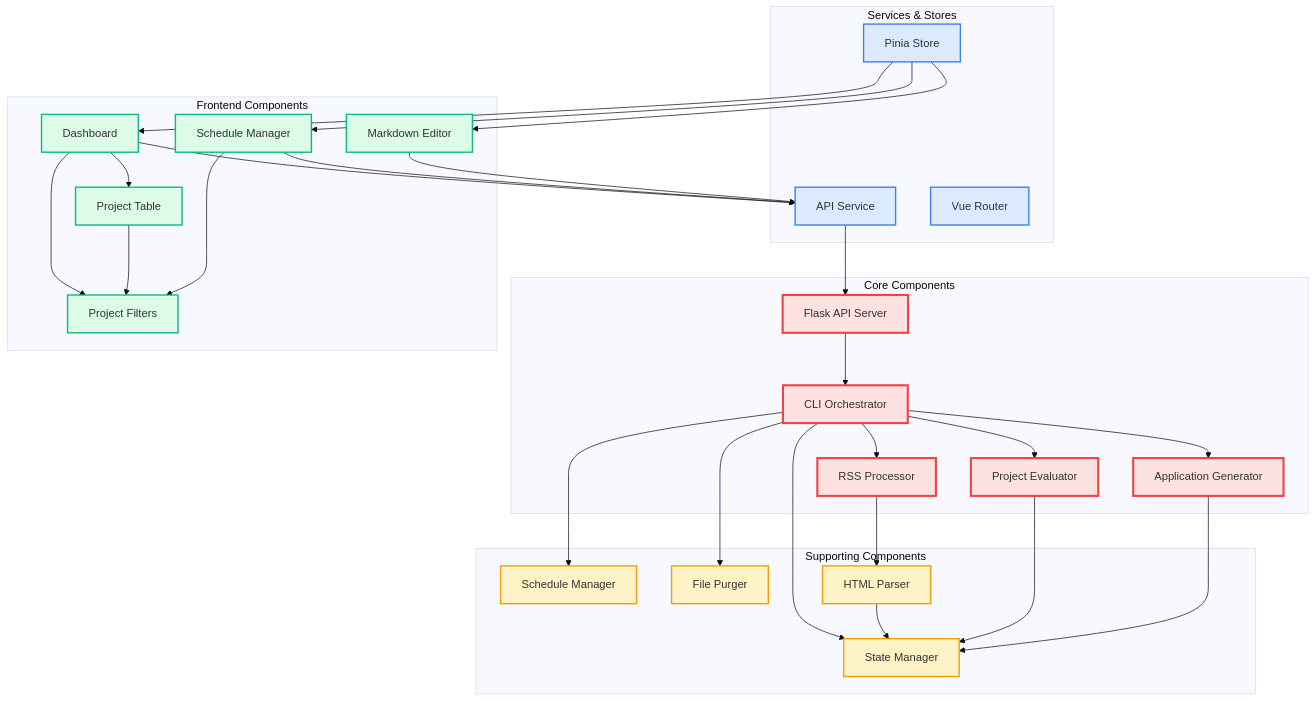
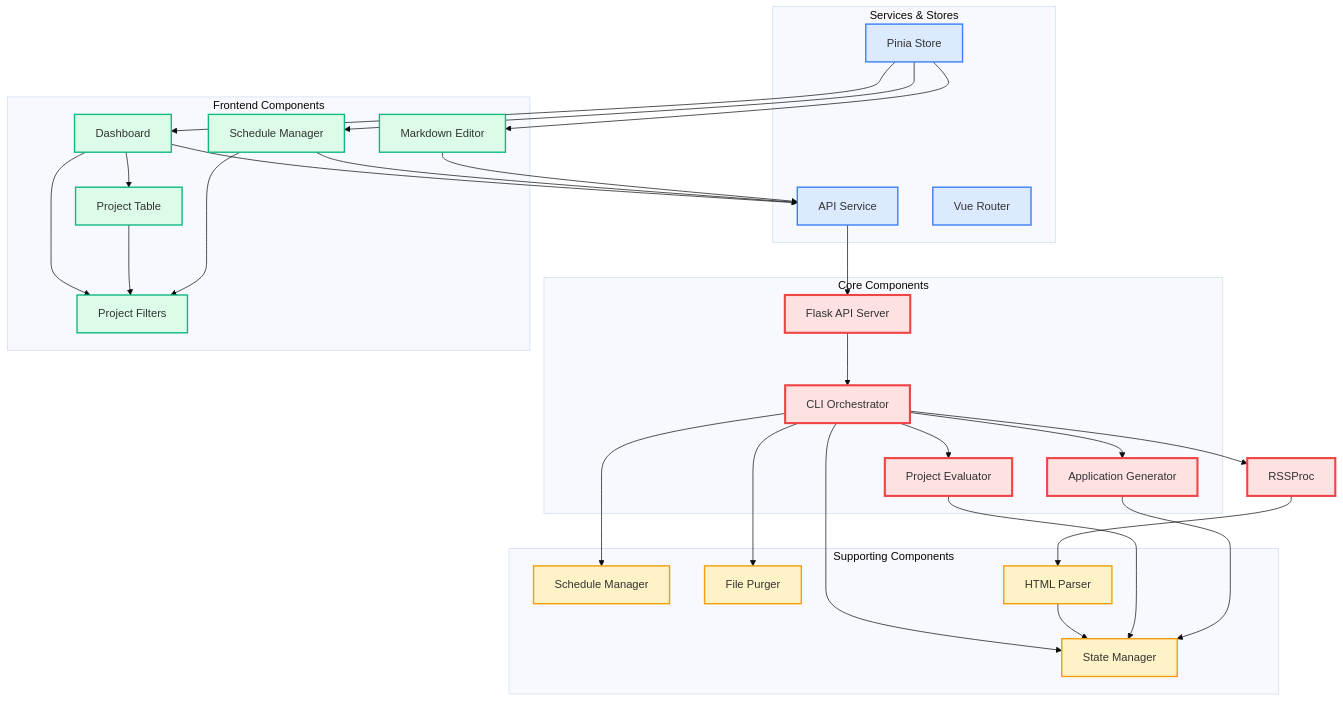
The second of 7 diagrams in architecture.md (andreaswittmann/project-bot), drawn with Mermaid (base theme) before and after one commit. The commit also changed other lines of this file and 15 other files, not shown here.

````diff
--- a/architecture.md
+++ b/architecture.md
@@ -93,69 +91,68 @@
 ```mermaid
 graph TB
     %% Define styles
     classDef core fill:#fee2e2,stroke:#ef4444,stroke-width:3px
     classDef supporting fill:#fef3c7,stroke:#f59e0b,stroke-width:2px
     classDef frontend fill:#dcfce7,stroke:#10b981,stroke-width:2px
     classDef services fill:#dbeafe,stroke:#3b82f6,stroke-width:2px
 
     subgraph "Core Components"
         Server[Flask API Server]
         CLI[CLI Orchestrator]
-        RSSProc[RSS Processor]
         ProjEval[Project Evaluator]
         AppGen[Application Generator]
     end
 
     subgraph "Supporting Components"
         StateMgr[State Manager]
         SchedMgr[Schedule Manager]
         FilePurg[File Purger]
         HTMLPars[HTML Parser]
     end
 
     subgraph "Frontend Components"
         Dash[Dashboard]
         SchedComp[Schedule Manager]
         MarkEd[Markdown Editor]
         ProjTab[Project Table]
         ProjFilt[Project Filters]
     end
 
     subgraph "Services & Stores"
         API[API Service]
         Store[Pinia Store]
         Router[Vue Router]
     end
 
     Server --> CLI
     CLI --> RSSProc
     CLI --> ProjEval
     CLI --> AppGen
     CLI --> StateMgr
     CLI --> SchedMgr
     CLI --> FilePurg
 
     RSSProc --> HTMLPars
     HTMLPars --> StateMgr
     ProjEval --> StateMgr
     AppGen --> StateMgr
 
     Dash --> API
     SchedComp --> API
     MarkEd --> API
     API --> Server
     Store --> Dash
     Store --> SchedComp
     Store --> MarkEd
 
     Dash --> ProjTab
     Dash --> ProjFilt
     ProjTab --> ProjFilt
     SchedComp --> ProjFilt
 
     %% Apply styles
     class Server,CLI,RSSProc,ProjEval,AppGen core
     class StateMgr,SchedMgr,FilePurg,HTMLPars supporting
     class Dash,SchedComp,MarkEd,ProjTab,ProjFilt frontend
     class API,Store,Router services
 ```
````
